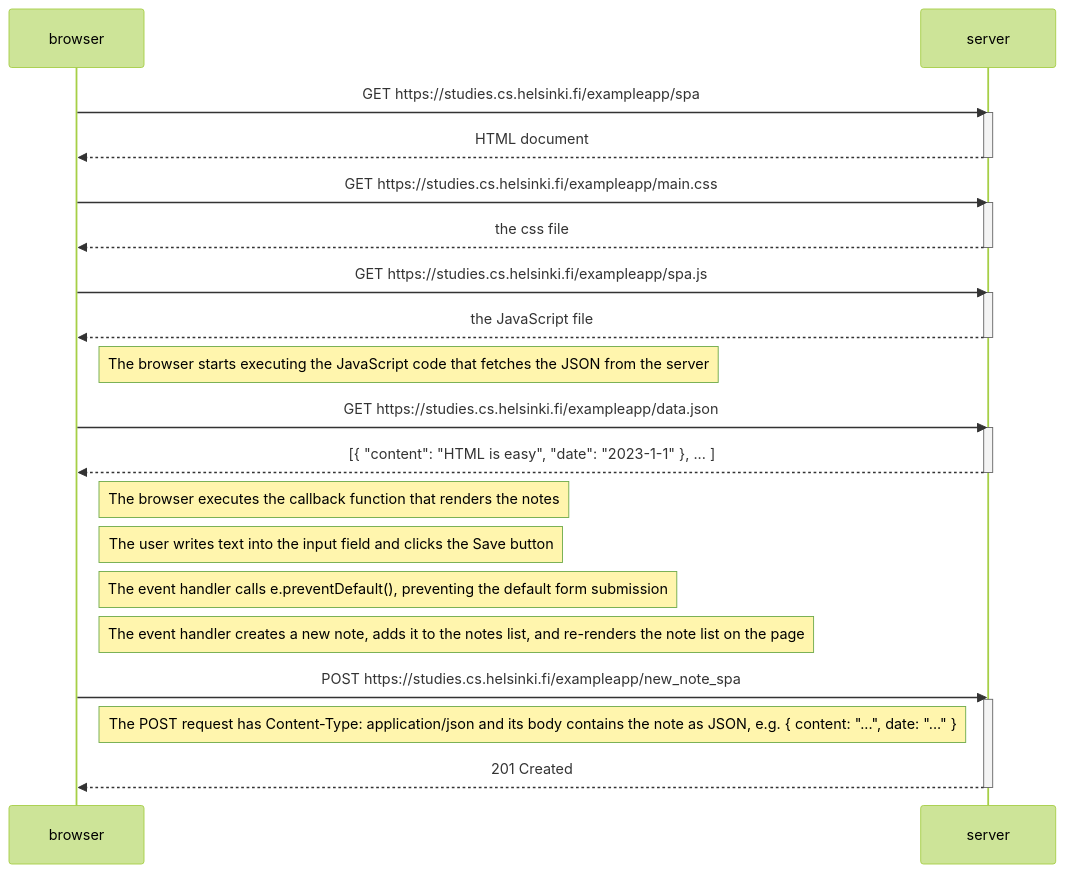
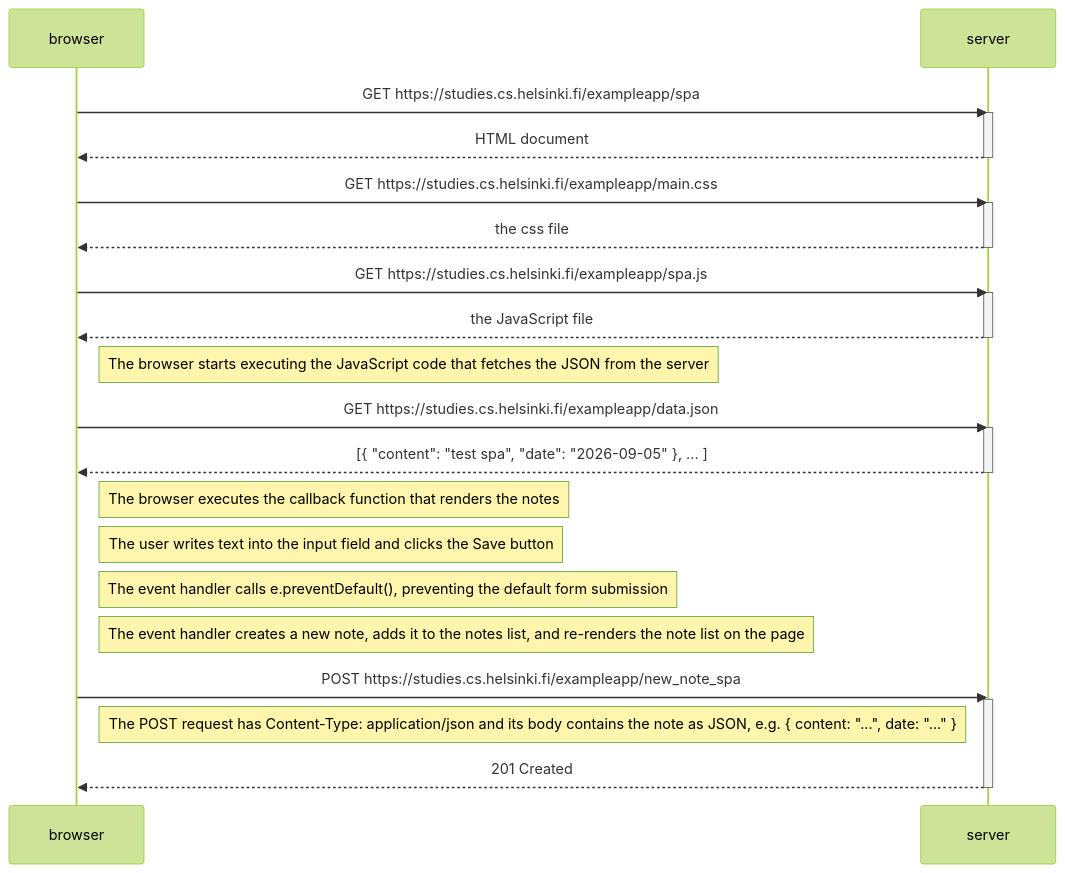
One commit to albertogonzalez2001/Fullstack-open changed the diagram in part0/0.5-Exercise.mmd. Above: the diagram before and after it, drawn with Mermaid (forest theme).

Commit message:
Corregida la fecha del JSON de ejemplo de la linea 24.

```diff
--- a/part0/0.5-Exercise.mmd
+++ b/part0/0.5-Exercise.mmd
@@ -1,37 +1,37 @@
 sequenceDiagram
     participant browser
     participant server
 
     browser->>server: GET https://studies.cs.helsinki.fi/exampleapp/spa
     activate server
     server-->>browser: HTML document
     deactivate server
 
     browser->>server: GET https://studies.cs.helsinki.fi/exampleapp/main.css
     activate server
     server-->>browser: the css file
     deactivate server
 
     browser->>server: GET https://studies.cs.helsinki.fi/exampleapp/spa.js
     activate server
     server-->>browser: the JavaScript file
     deactivate server
 
     Note right of browser: The browser starts executing the JavaScript code that fetches the JSON from the server
 
     browser->>server: GET https://studies.cs.helsinki.fi/exampleapp/data.json
     activate server
-    server-->>browser: [{ "content": "HTML is easy", "date": "2023-1-1" }, ... ]
+    server-->>browser: [{ "content": "test spa", "date": "2026-09-05" }, ... ]
     deactivate server
 
     Note right of browser: The browser executes the callback function that renders the notes
 
     Note right of browser: The user writes text into the input field and clicks the Save button
     Note right of browser: The event handler calls e.preventDefault(), preventing the default form submission
     Note right of browser: The event handler creates a new note, adds it to the notes list, and re-renders the note list on the page
 
     browser->>server: POST https://studies.cs.helsinki.fi/exampleapp/new_note_spa
     activate server
     Note right of browser: The POST request has Content-Type: application/json and its body contains the note as JSON, e.g. { content: "...", date: "..." }
     server-->>browser: 201 Created
     deactivate server
```
